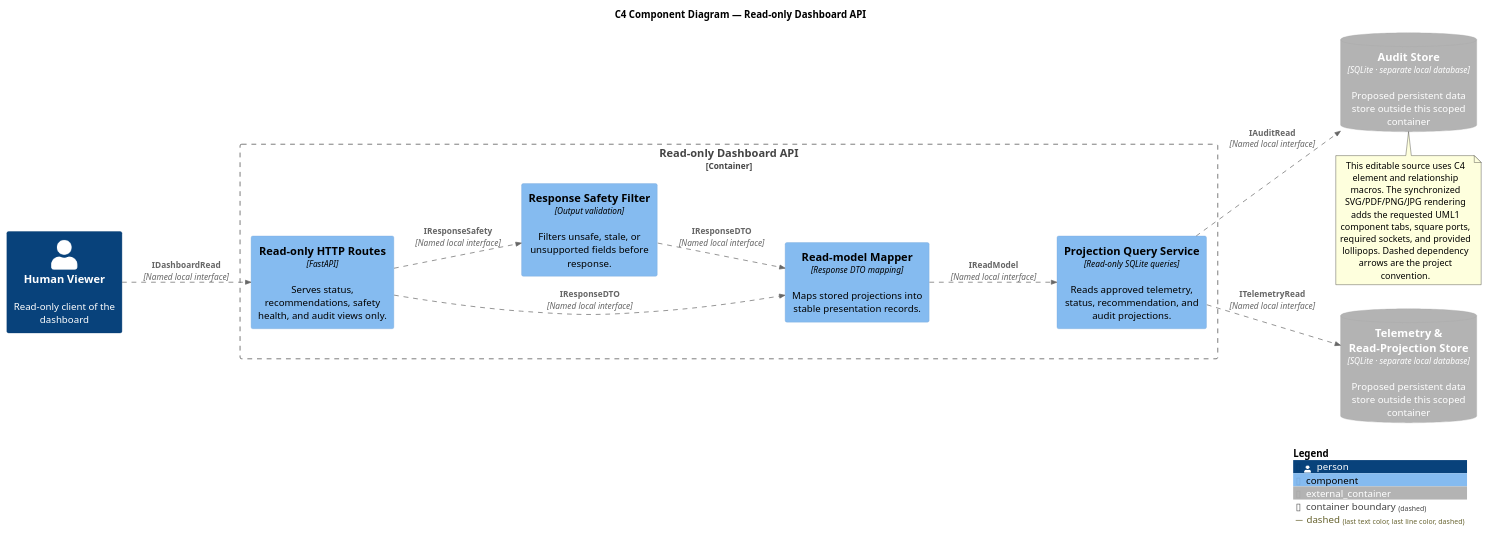
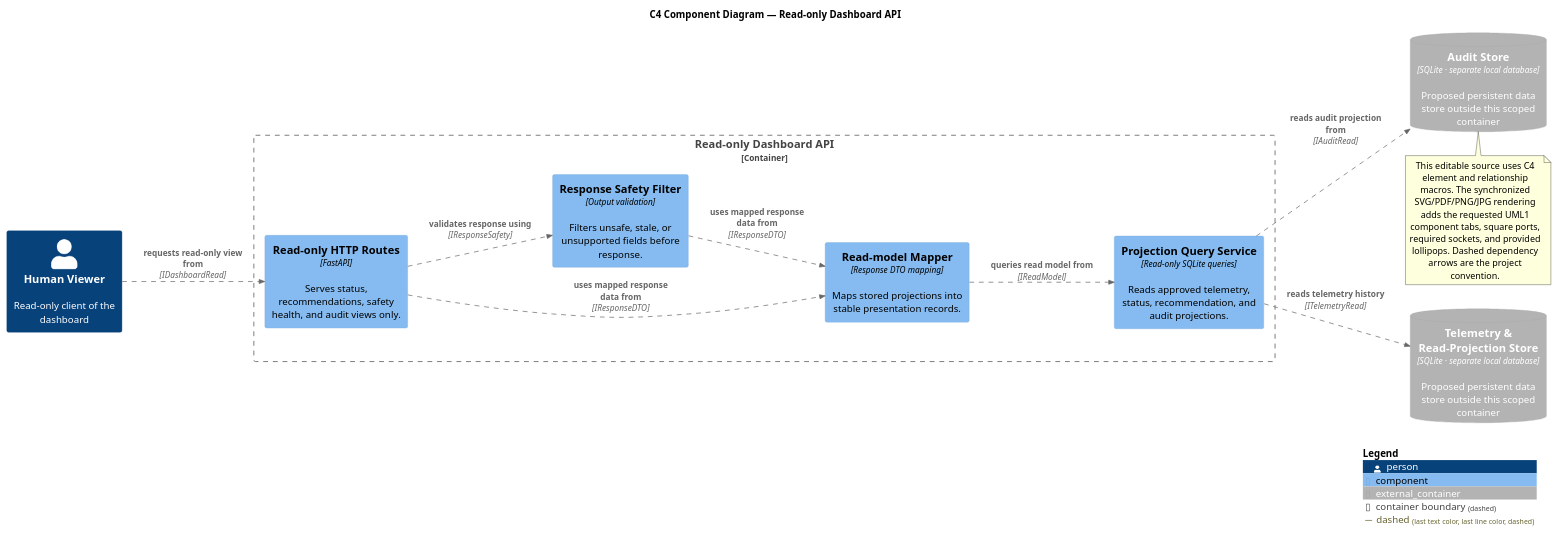
One commit to Ammar-M-Eid/AIOS changed the diagram in documentation/architecture/c4/10_c4_dashboard_api_components.puml. Above: the diagram before and after it, drawn with PlantUML. The commit also changed 30 other files, not shown here.

```diff
--- a/documentation/architecture/c4/10_c4_dashboard_api_components.puml
+++ b/documentation/architecture/c4/10_c4_dashboard_api_components.puml
@@ -1,27 +1,27 @@
 @startuml
 !include <C4/C4_Component>
 skinparam componentStyle uml1
 title C4 Component Diagram — Read-only Dashboard API
 LAYOUT_LEFT_RIGHT()
 AddRelTag("dashed", $lineStyle=DashedLine())
 Container_Boundary(scope, "Read-only Dashboard API") {
   Component(C1, "Read-only HTTP Routes", "FastAPI", "Serves status, recommendations, safety health, and audit views only.")
   Component(C2, "Projection Query Service", "Read-only SQLite queries", "Reads approved telemetry, status, recommendation, and audit projections.")
   Component(C3, "Read-model Mapper", "Response DTO mapping", "Maps stored projections into stable presentation records.")
   Component(C4, "Response Safety Filter", "Output validation", "Filters unsafe, stale, or unsupported fields before response.")
 }
 Person(S1, "Human Viewer", "Read-only client of the dashboard")
 ContainerDb_Ext(S2, "Telemetry & Read-Projection Store", "SQLite · separate local database", "Proposed persistent data store outside this scoped container")
 ContainerDb_Ext(S3, "Audit Store", "SQLite · separate local database", "Proposed persistent data store outside this scoped container")
-Rel(S1, C1, "IDashboardRead", "Named local interface", $tags="dashed")
-Rel(C3, C2, "IReadModel", "Named local interface", $tags="dashed")
-Rel(C1, C3, "IResponseDTO", "Named local interface", $tags="dashed")
-Rel(C4, C3, "IResponseDTO", "Named local interface", $tags="dashed")
-Rel(C1, C4, "IResponseSafety", "Named local interface", $tags="dashed")
-Rel(C2, S2, "ITelemetryRead", "Named local interface", $tags="dashed")
-Rel(C2, S3, "IAuditRead", "Named local interface", $tags="dashed")
+Rel(S1, C1, "requests read-only view from", "IDashboardRead", $tags="dashed")
+Rel(C3, C2, "queries read model from", "IReadModel", $tags="dashed")
+Rel(C1, C3, "uses mapped response data from", "IResponseDTO", $tags="dashed")
+Rel(C4, C3, "uses mapped response data from", "IResponseDTO", $tags="dashed")
+Rel(C1, C4, "validates response using", "IResponseSafety", $tags="dashed")
+Rel(C2, S2, "reads telemetry history", "ITelemetryRead", $tags="dashed")
+Rel(C2, S3, "reads audit projection from", "IAuditRead", $tags="dashed")
 note bottom
 This editable source uses C4 element and relationship macros. The synchronized SVG/PDF/PNG/JPG rendering adds the requested UML1 component tabs, square ports, required sockets, and provided lollipops. Dashed dependency arrows are the project convention.
 end note
 SHOW_LEGEND()
 @enduml
```
